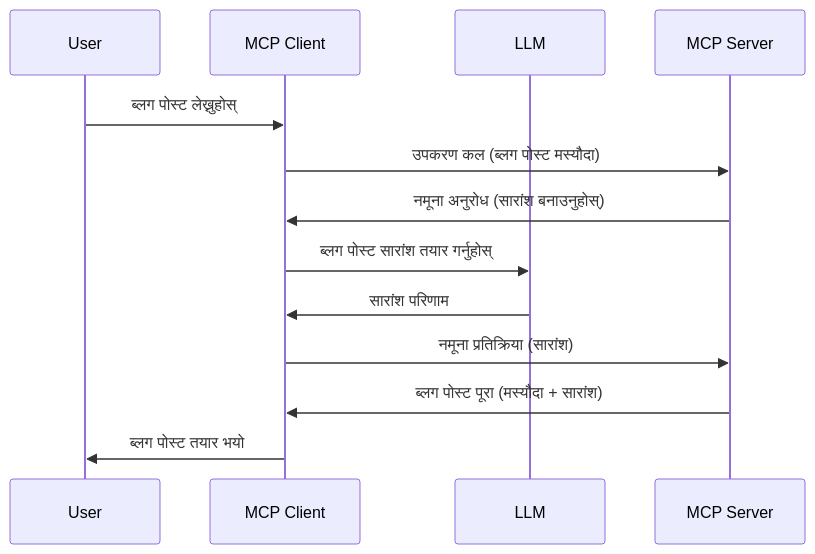
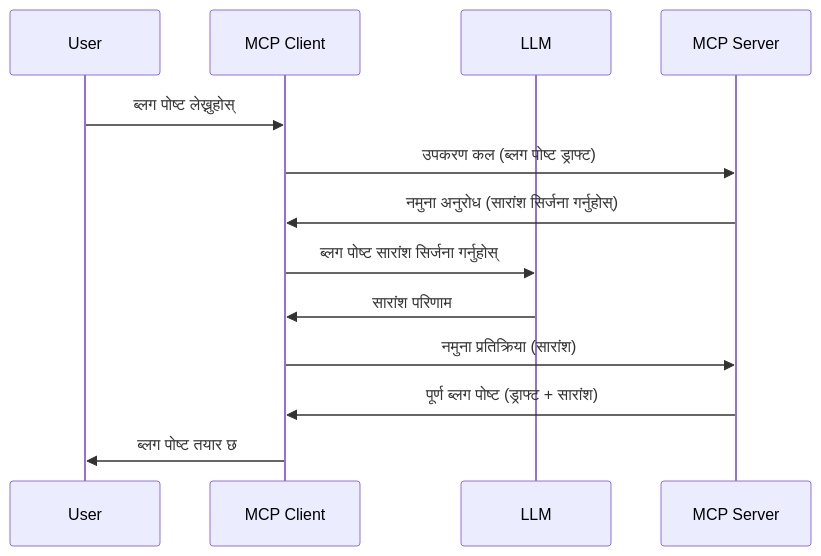
One commit to HIDORAKAI002/ai-workspace-archive changed the diagram in mcp_ecosystem__model_context_protocol/mcp_learning_resources/mcp-for-beginners/translations/ne/03-GettingStarted/14-sampling/README.md. Above: the diagram before and after it, drawn with Mermaid. The commit also changed other lines of this file and 1539 other files, not shown here.

````diff
--- a/mcp_ecosystem__model_context_protocol/mcp_learning_resources/mcp-for-beginners/translations/ne/03-GettingStarted/14-sampling/README.md
+++ b/mcp_ecosystem__model_context_protocol/mcp_learning_resources/mcp-for-beginners/translations/ne/03-GettingStarted/14-sampling/README.md
@@ -23,16 +23,16 @@
 ```mermaid
 sequenceDiagram
     participant User
     participant MCP Client
     participant LLM
     participant MCP Server
 
-    User->>MCP Client: ब्लग पोस्ट लेख्नुहोस्
-    MCP Client->>MCP Server: उपकरण कल (ब्लग पोस्ट मस्यौदा)
-    MCP Server->>MCP Client: नमूना अनुरोध (सारांश बनाउनुहोस्)
-    MCP Client->>LLM: ब्लग पोस्ट सारांश तयार गर्नुहोस्
+    User->>MCP Client: ब्लग पोष्ट लेख्नुहोस्
+    MCP Client->>MCP Server: उपकरण कल (ब्लग पोष्ट ड्राफ्ट)
+    MCP Server->>MCP Client: नमुना अनुरोध (सारांश सिर्जना गर्नुहोस्)
+    MCP Client->>LLM: ब्लग पोष्ट सारांश सिर्जना गर्नुहोस्
     LLM->>MCP Client: सारांश परिणाम
-    MCP Client->>MCP Server: नमूना प्रतिक्रिया (सारांश)
-    MCP Server->>MCP Client: ब्लग पोस्ट पूरा (मस्यौदा + सारांश)
-    MCP Client->>User: ब्लग पोस्ट तयार भयो
+    MCP Client->>MCP Server: नमुना प्रतिक्रिया (सारांश)
+    MCP Server->>MCP Client: पूर्ण ब्लग पोष्ट (ड्राफ्ट + सारांश)
+    MCP Client->>User: ब्लग पोष्ट तयार छ
 ```
````
